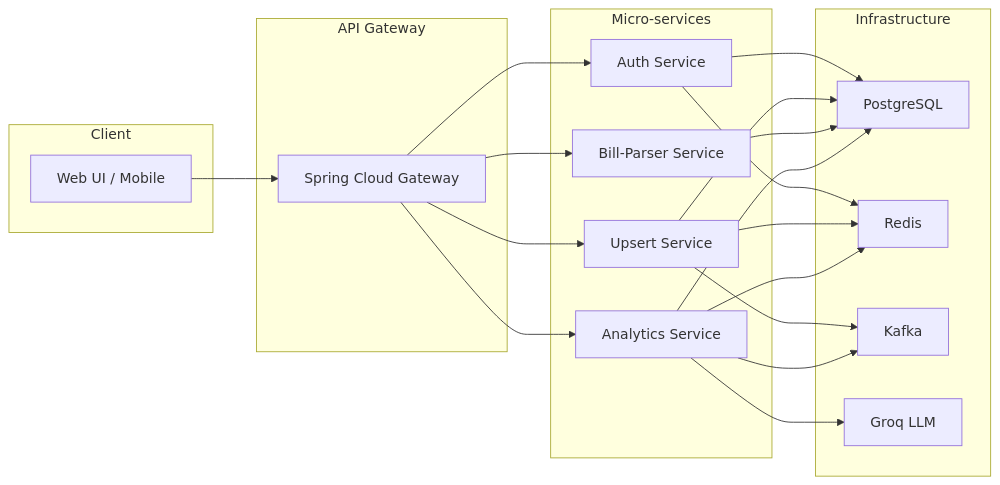
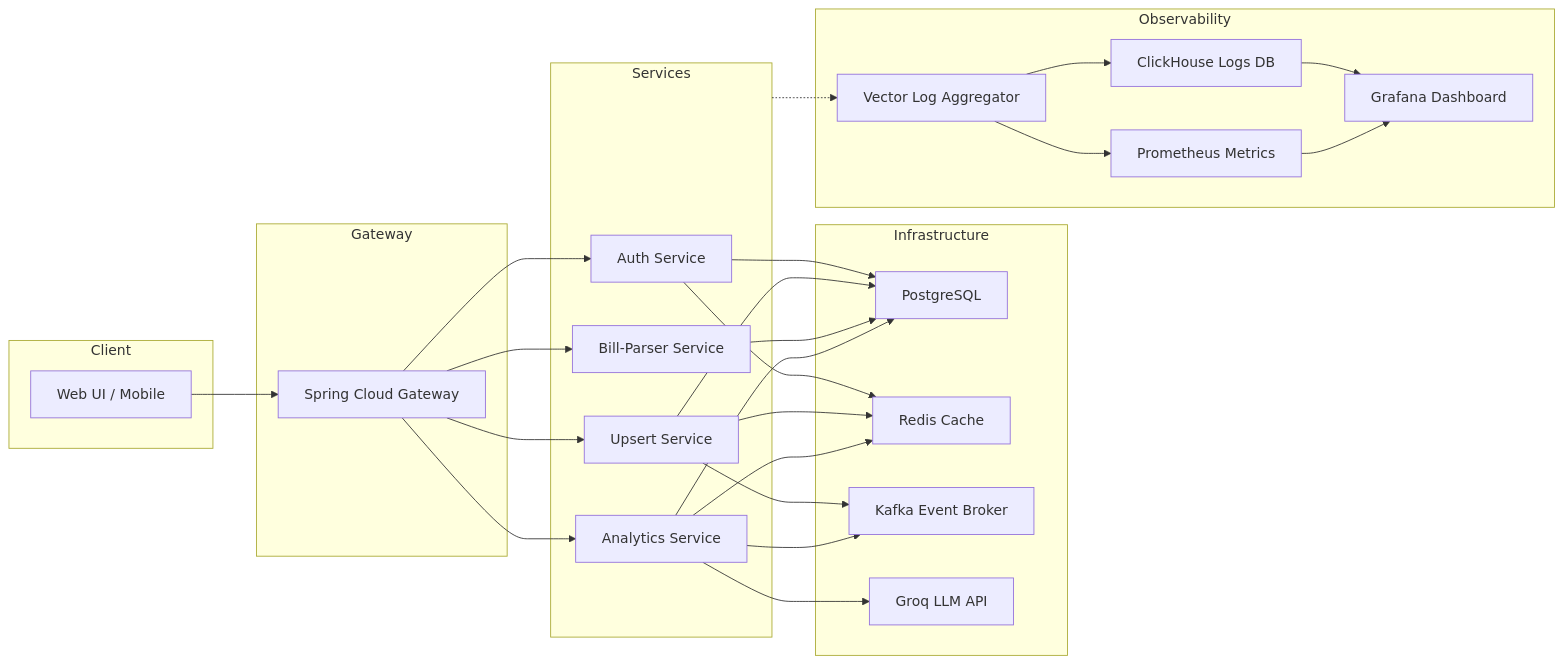
The diagram in README.md (verginjose/Personal-Finance-Assistant), drawn with Mermaid before and after one commit. The commit also changed other lines of this file and 4 other files, not shown here.

````diff
--- a/README.md
+++ b/README.md
@@ -14,36 +16,47 @@
 ```mermaid
 flowchart LR
-    subgraph client[Client]
+    subgraph Client
         UI[Web UI / Mobile]
     end
-    subgraph gateway[API Gateway]
+    subgraph Gateway
         GW[Spring Cloud Gateway]
     end
-    subgraph services[Micro‑services]
+    subgraph Services
         Auth[Auth Service]
         Upsert[Upsert Service]
-        Bill[Bill‑Parser Service]
+        Bill[Bill-Parser Service]
         Analytics[Analytics Service]
     end
-    subgraph infra[Infrastructure]
+    subgraph Infrastructure
         PG[PostgreSQL]
-        Redis[Redis]
-        Kafka[Kafka]
-        Groq[Groq LLM]
+        Redis[Redis Cache]
+        Kafka[Kafka Event Broker]
+        Groq[Groq LLM API]
+    end
+    subgraph Observability
+        Vector[Vector Log Aggregator]
+        CH[ClickHouse Logs DB]
+        Grafana[Grafana Dashboard]
+        Prometheus[Prometheus Metrics]
     end
     UI --> GW
     GW --> Auth
     GW --> Upsert
     GW --> Bill
     GW --> Analytics
     Auth --> PG
     Upsert --> PG
     Bill --> PG
     Analytics --> PG
     Auth --> Redis
     Upsert --> Redis
     Analytics --> Redis
     Upsert --> Kafka
     Analytics --> Kafka
     Analytics --> Groq
+    Services -.-> Vector
+    Vector --> CH
+    Vector --> Prometheus
+    CH --> Grafana
+    Prometheus --> Grafana
 ```
````
